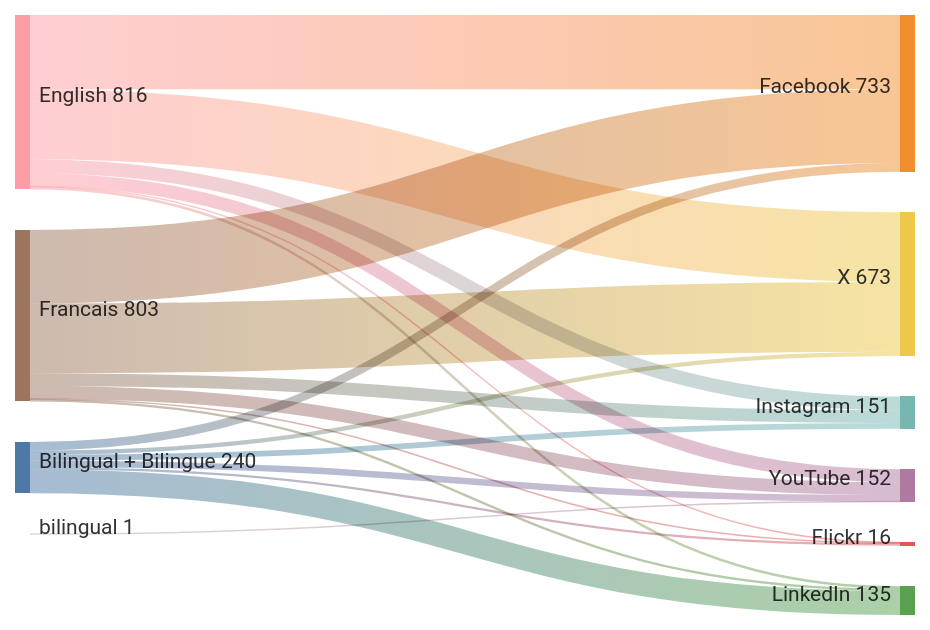
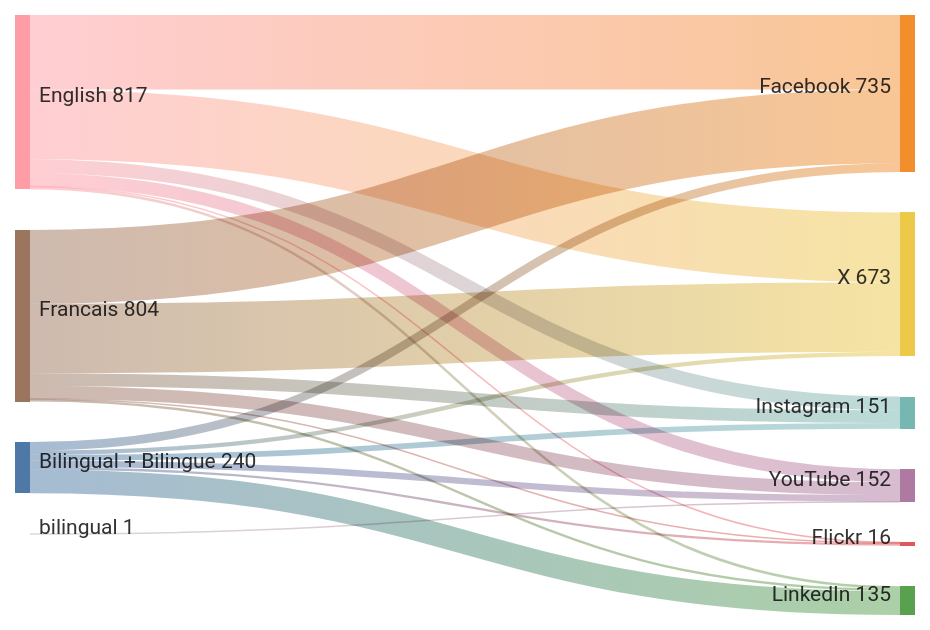
Before and after one commit to PatLittle/GC-Socials: the diagram in sankey_diagram.md, drawn with Mermaid.

Commit message:
Update Sankey diagram for the most recent day

````diff
--- a/sankey_diagram.md
+++ b/sankey_diagram.md
@@ -1,22 +1,22 @@
 ```mermaid
 sankey-beta
   Bilingual + Bilingue,Facebook,40
   Bilingual + Bilingue,Flickr,11
   Bilingual + Bilingue,Instagram,27
   Bilingual + Bilingue,LinkedIn,112
   Bilingual + Bilingue,X,20
   Bilingual + Bilingue,YouTube,30
-  English,Facebook,348
+  English,Facebook,349
   English,Flickr,3
   English,Instagram,65
   English,LinkedIn,12
   English,X,327
   English,YouTube,61
-  Francais,Facebook,345
+  Francais,Facebook,346
   Francais,Flickr,2
   Francais,Instagram,59
   Francais,LinkedIn,11
   Francais,X,326
   Francais,YouTube,60
   bilingual,YouTube,1
 ```
````
